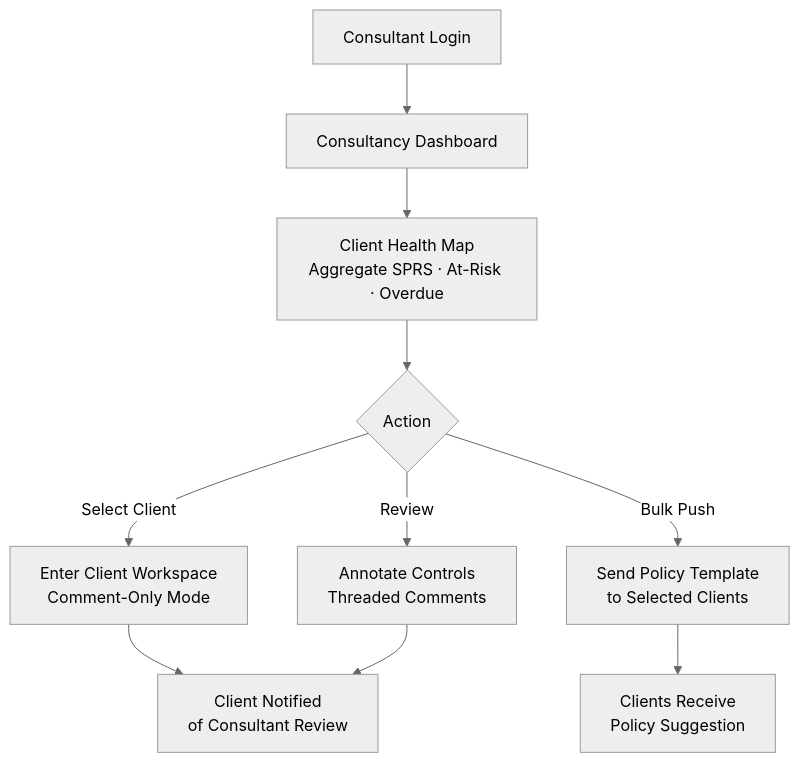
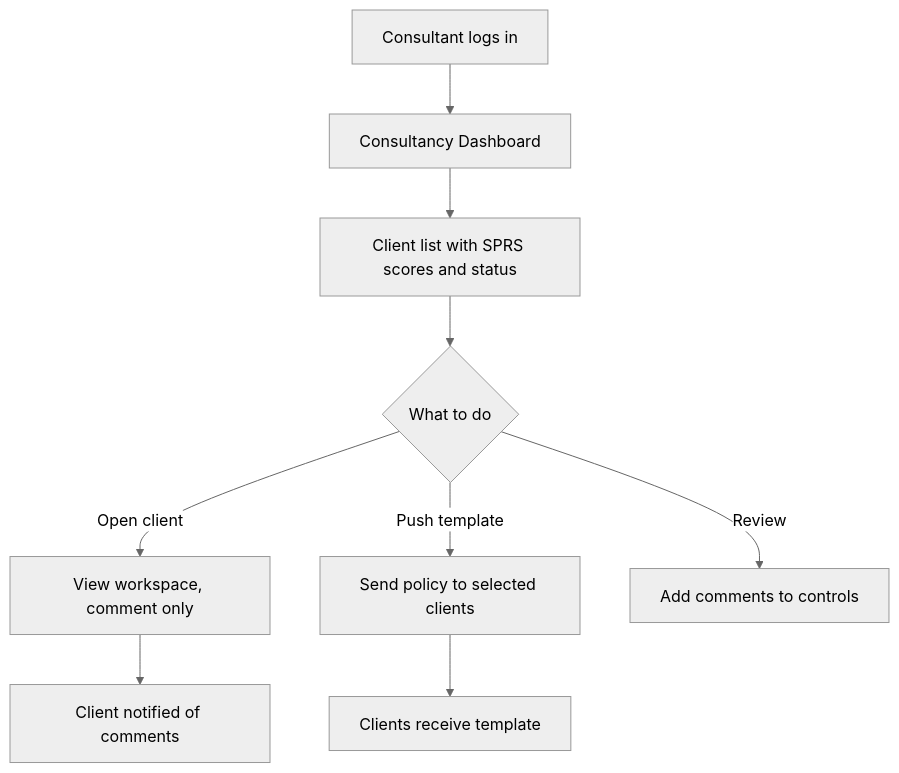
One commit to saisravan909/cmmc-compass changed the seventh of 7 diagrams in README.md. Above: the diagram before and after it, drawn with Mermaid (neutral theme). The commit also changed other lines of this file, not shown here.

````diff
--- a/README.md
+++ b/README.md
@@ -302,12 +307,11 @@
 ```mermaid
 flowchart TD
-    A[Consultant Login] --> B[Consultancy Dashboard]
-    B --> C[Client Health Map\nAggregate SPRS · At-Risk · Overdue]
-    C --> D{Action}
-    D -->|Select Client| E[Enter Client Workspace\nComment-Only Mode]
-    D -->|Bulk Push| F[Send Policy Template\nto Selected Clients]
-    D -->|Review| G[Annotate Controls\nThreaded Comments]
-    E --> H[Client Notified\nof Consultant Review]
-    F --> I[Clients Receive\nPolicy Suggestion]
-    G --> H
+    A[Consultant logs in] --> B[Consultancy Dashboard]
+    B --> C[Client list with SPRS scores and status]
+    C --> D{What to do}
+    D -->|Open client| E[View workspace, comment only]
+    D -->|Push template| F[Send policy to selected clients]
+    D -->|Review| G[Add comments to controls]
+    E --> H[Client notified of comments]
+    F --> I[Clients receive template]
 ```
````
